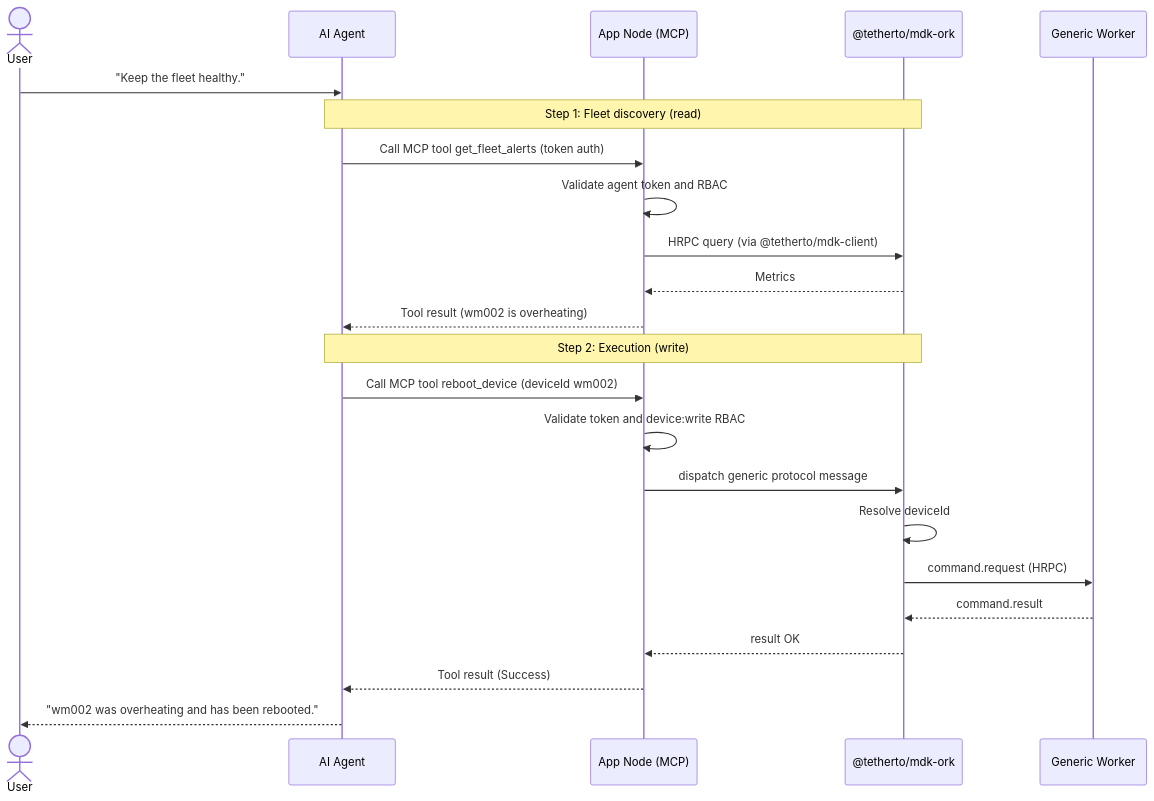
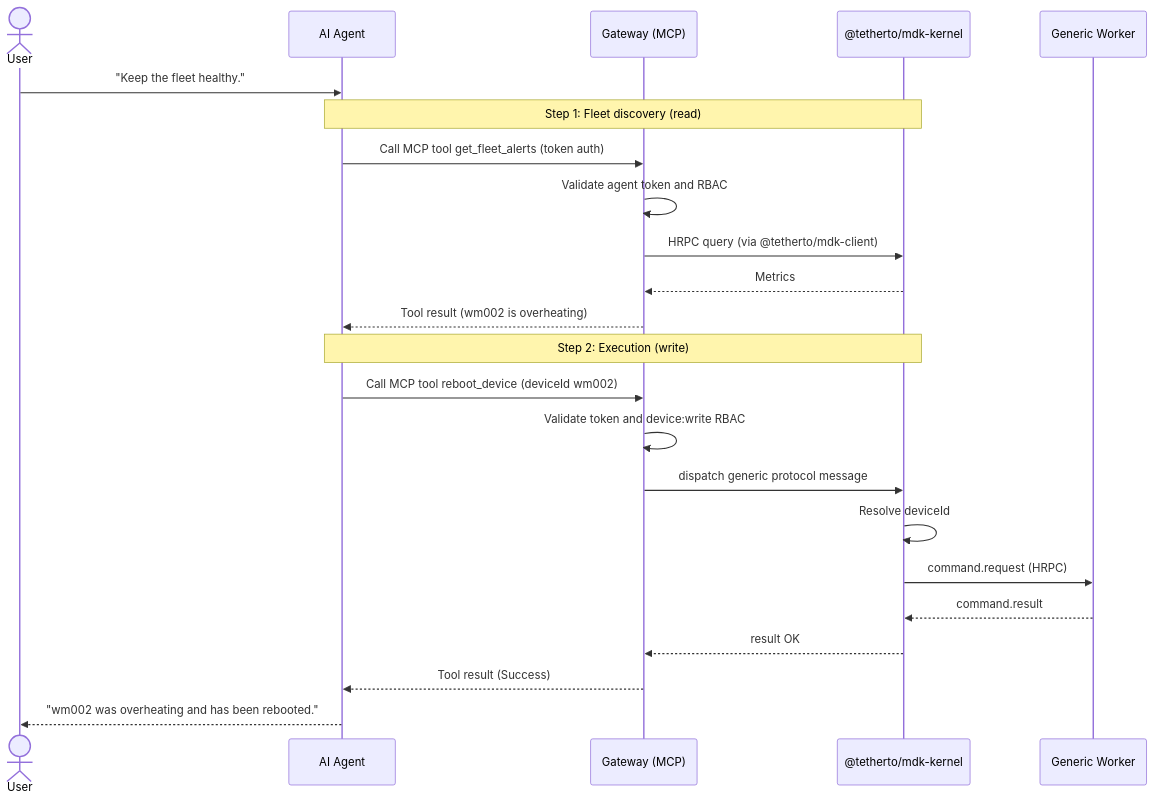
Before and after one commit to tetherto/mdk: the third of 6 diagrams in docs/concepts/architecture.md, drawn with Mermaid. The commit also changed other lines of this file and 4406 other files, not shown here.

````diff
--- a/docs/concepts/architecture.md
+++ b/docs/concepts/architecture.md
@@ -199,29 +199,29 @@
 ```mermaid
 sequenceDiagram
     actor User
     participant AI as AI Agent
-    participant Node as App Node (MCP)
-    participant ORK as @tetherto/mdk-ork
+    participant Node as Gateway (MCP)
+    participant Kernel as @tetherto/mdk-kernel
     participant Worker as Generic Worker
 
     User->>AI: "Keep the fleet healthy."
 
-    Note over AI,ORK: Step 1: Fleet discovery (read)
+    Note over AI,Kernel: Step 1: Fleet discovery (read)
     AI->>Node: Call MCP tool get_fleet_alerts (token auth)
     Node->>Node: Validate agent token and RBAC
-    Node->>ORK: HRPC query (via @tetherto/mdk-client)
-    ORK-->>Node: Metrics
+    Node->>Kernel: HRPC query (via @tetherto/mdk-client)
+    Kernel-->>Node: Metrics
     Node-->>AI: Tool result (wm002 is overheating)
 
-    Note over AI,ORK: Step 2: Execution (write)
+    Note over AI,Kernel: Step 2: Execution (write)
     AI->>Node: Call MCP tool reboot_device (deviceId wm002)
     Node->>Node: Validate token and device:write RBAC
-    Node->>ORK: dispatch generic protocol message
-    ORK->>ORK: Resolve deviceId
-    ORK->>Worker: command.request (HRPC)
-    Worker-->>ORK: command.result
-    ORK-->>Node: result OK
+    Node->>Kernel: dispatch generic protocol message
+    Kernel->>Kernel: Resolve deviceId
+    Kernel->>Worker: command.request (HRPC)
+    Worker-->>Kernel: command.result
+    Kernel-->>Node: result OK
     Node-->>AI: Tool result (Success)
 
     AI-->>User: "wm002 was overheating and has been rebooted."
 ```
````
